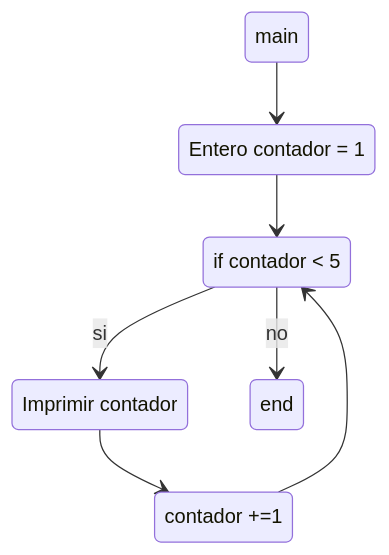
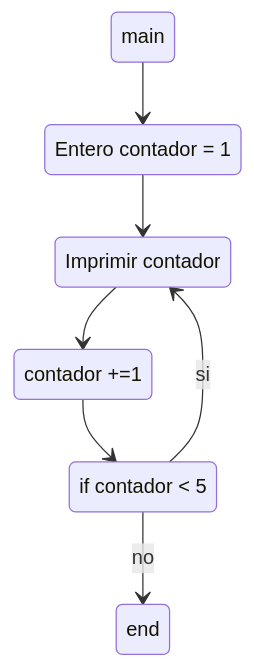
The diagram in Ejercicios/3.md (ValentinJM/TP-8), drawn with Mermaid before and after one commit.

````diff
--- a/Ejercicios/3.md
+++ b/Ejercicios/3.md
@@ -1,17 +1,16 @@
 ```mermaid
 stateDiagram-v2
 state "Entero contador = 1" as cont
 state "if contador < 5" as cond
 state "Imprimir contador" as print
 state "contador +=1" as suma
     main --> cont
-    cont --> cond
-    cond --> print: si
+    cont --> print
     print --> suma
     suma --> cond
+    cond --> print: si
     cond --> end: no
-
     
     
  
 ```
````
